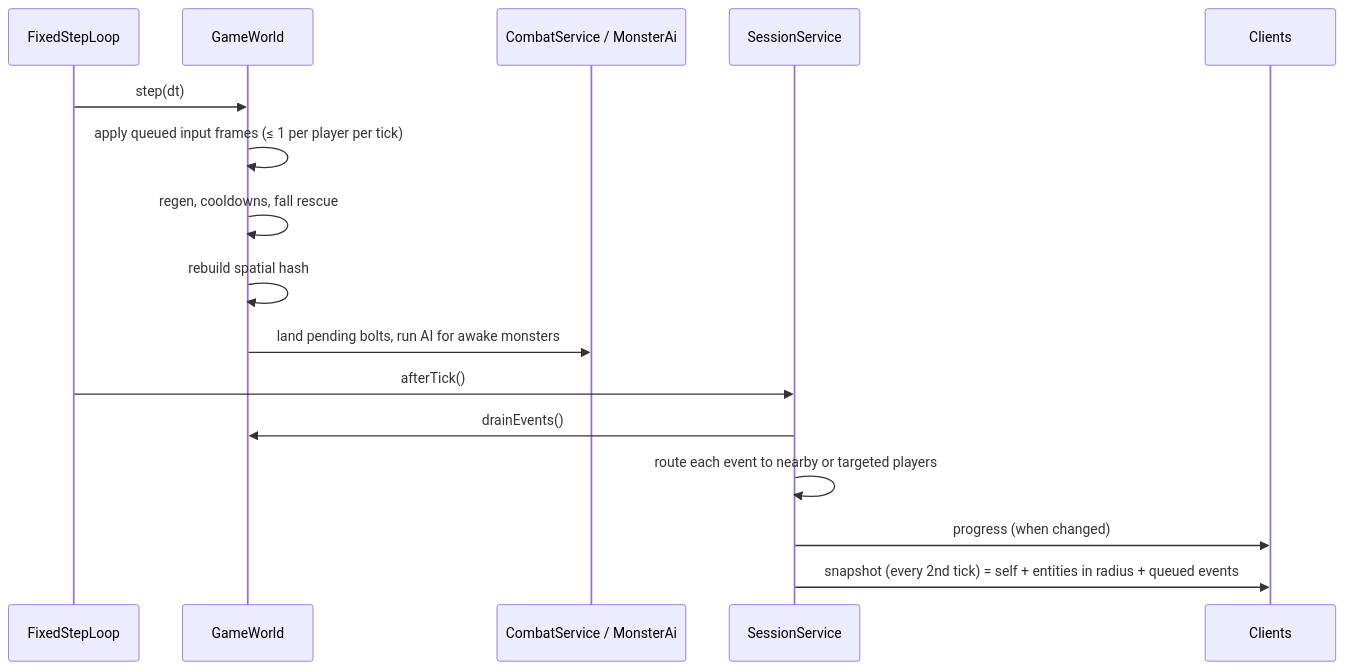
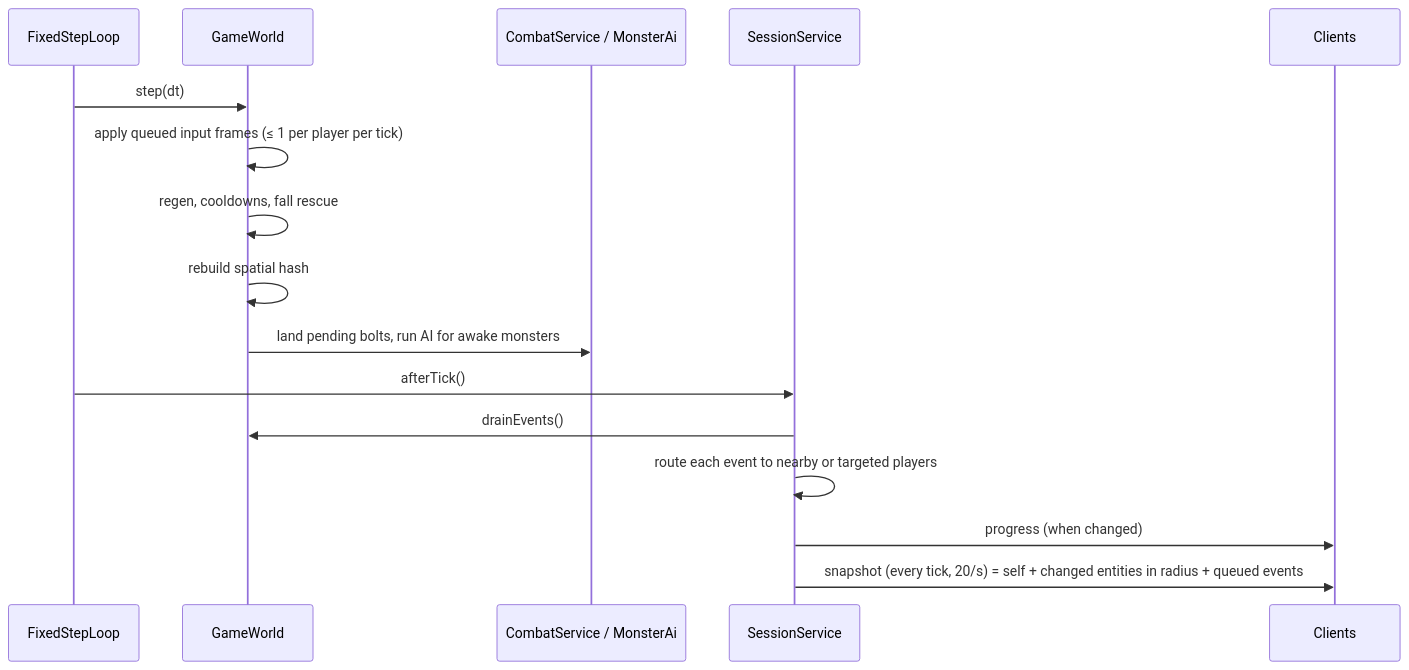
Before and after one commit to arthurxiangya/GameOne: the fourth of 6 diagrams in docs/ARCHITECTURE.md, drawn with Mermaid. The commit also changed other lines of this file and 33 other files, not shown here.

````diff
--- a/docs/ARCHITECTURE.md
+++ b/docs/ARCHITECTURE.md
@@ -101,18 +101,18 @@
 ```mermaid
 sequenceDiagram
   participant L as FixedStepLoop
   participant W as GameWorld
   participant C as CombatService / MonsterAi
   participant S as SessionService
   participant N as Clients
   L->>W: step(dt)
   W->>W: apply queued input frames (≤ 1 per player per tick)
   W->>W: regen, cooldowns, fall rescue
   W->>W: rebuild spatial hash
   W->>C: land pending bolts, run AI for awake monsters
   L->>S: afterTick()
   S->>W: drainEvents()
   S->>S: route each event to nearby or targeted players
   S->>N: progress (when changed)
-  S->>N: snapshot (every 2nd tick) = self + entities in radius + queued events
+  S->>N: snapshot (every tick, 20/s) = self + changed entities in radius + queued events
 ```
````
